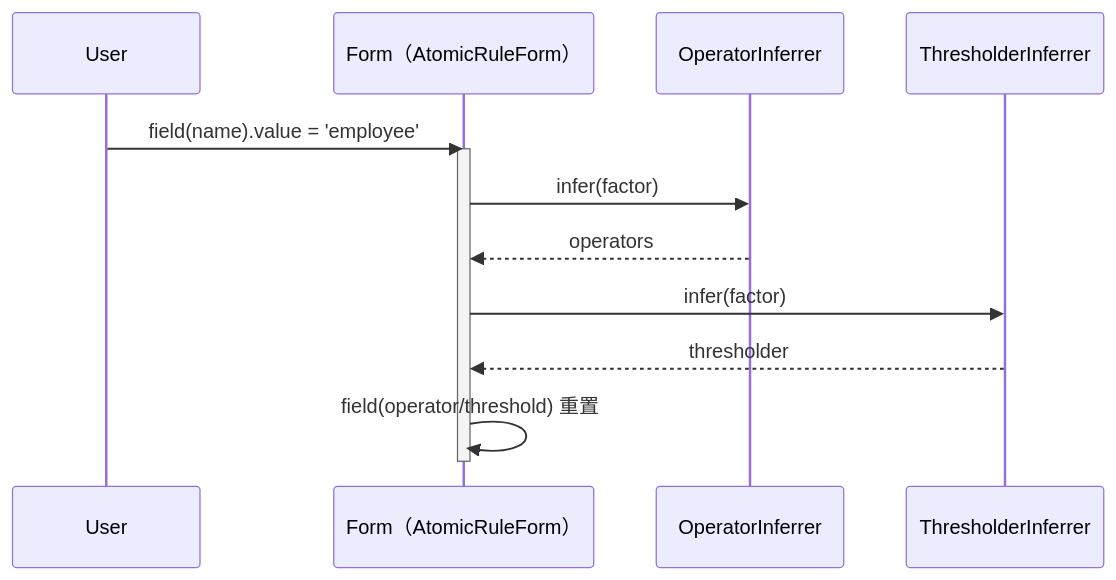
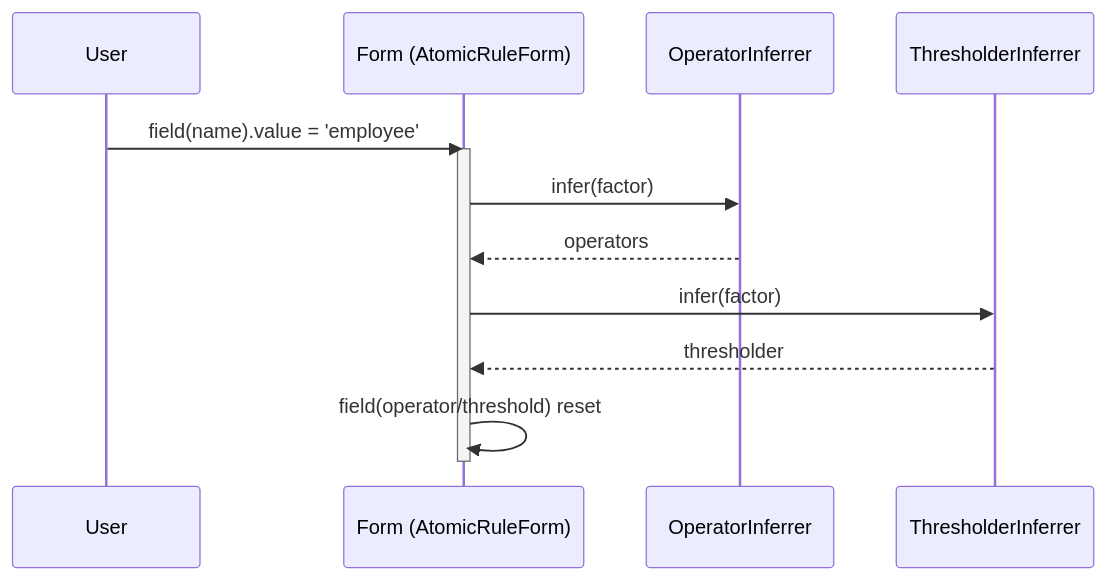
The third of 4 diagrams in specs/core/application.md (huang-xiao-jian/themis), drawn with Mermaid before and after one commit. The commit also changed other lines of this file and 17 other files, not shown here.

````diff
--- a/specs/core/application.md
+++ b/specs/core/application.md
@@ -305,16 +310,16 @@
 ```mermaid
 sequenceDiagram
   participant U as User
-  participant FM as Form（AtomicRuleForm）
+  participant FM as Form (AtomicRuleForm)
   participant OI as OperatorInferrer
   participant TI as ThresholderInferrer
 
   U->>FM: field(name).value = 'employee'
   activate FM
   FM->>OI: infer(factor)
   OI-->>FM: operators
   FM->>TI: infer(factor)
   TI-->>FM: thresholder
-  FM->>FM: field(operator/threshold) 重置
+  FM->>FM: field(operator/threshold) reset
   deactivate FM
 ```
````
